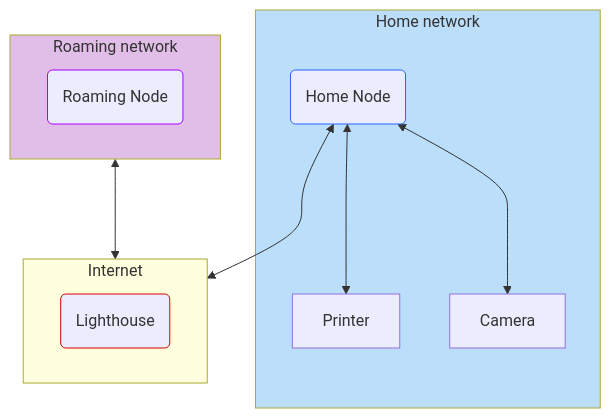
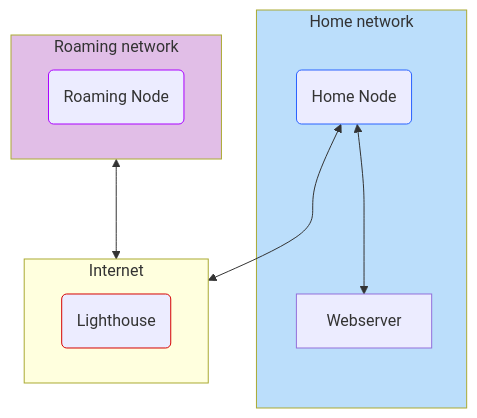
Before and after one commit to The-Taggart-Institute/wireguard-3-ways: the diagram in recipe-2/README.md, drawn with Mermaid. The commit also changed other lines of this file and 7 other files, not shown here.

````diff
--- a/recipe-2/README.md
+++ b/recipe-2/README.md
@@ -7,26 +7,25 @@
 ```mermaid
 flowchart TD
  subgraph s1["Home network"]
         n2["Home Node"]
-        n4["Printer"]
-        n5["Camera"]
+        n4["Webserver"]
   end
  subgraph s2["Roaming network"]
         n3["Roaming Node"]
   end
  subgraph s3["Internet"]
         n1["Lighthouse"]
   end
     n2 <---> s3
     s2 <---> s3
-    n2 <---> n4 & n5
+    n2 <---> n4
 
     n2@{ shape: rounded}
     n3@{ shape: rounded}
     n1@{ shape: rounded}
     style n2 stroke:#2962FF
     style n3 stroke:#AA00FF
     style n1 stroke:#D50000
     style s1 fill:#BBDEFB
     style s2 fill:#E1BEE7
 ```
````
